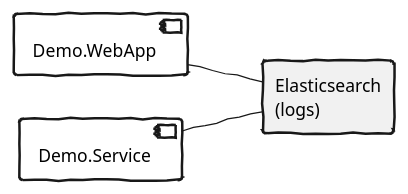
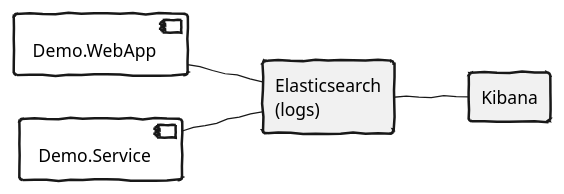
The diagram in src/2-elasticsearch/docs/elasticsearch-demo.puml (sgryphon/dotnet-distributed-tracing-examples), drawn with PlantUML before and after one commit. The commit also changed 1 other file, not shown here.

Commit message:
Add kibana to diagram

```diff
--- a/src/2-elasticsearch/docs/elasticsearch-demo.puml
+++ b/src/2-elasticsearch/docs/elasticsearch-demo.puml
@@ -1,31 +1,32 @@
 @startuml
 
 left to right direction
 skinparam handwritten true
 skinparam useBetaStyle true
 <style>
     component
     {
         backgroundColor white
     }
     component, database, queue, rectangle {
         lineThickness 2
     }
     .ui {
         lineStyle 2
     }
 </style>
 
 component Demo.WebApp
 component Demo.Service
 
 rectangle Elasticsearch [
     Elasticsearch
     (logs)
 ]
+rectangle Kibana
 
 Demo.WebApp -- Elasticsearch
 Demo.Service -- Elasticsearch
-
+Elasticsearch -- Kibana
 
 @endml
```
